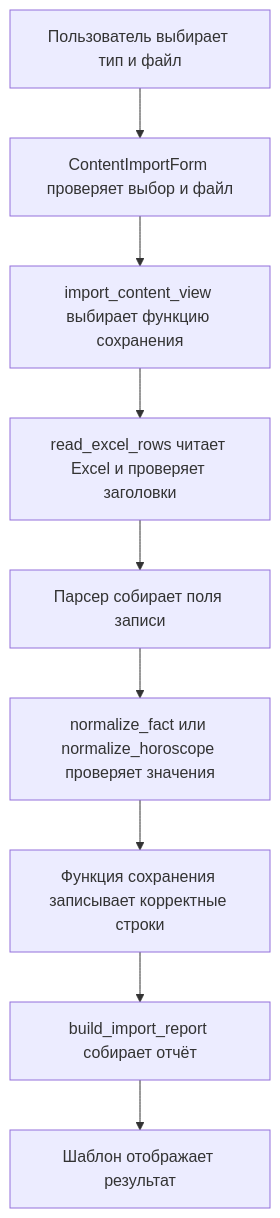
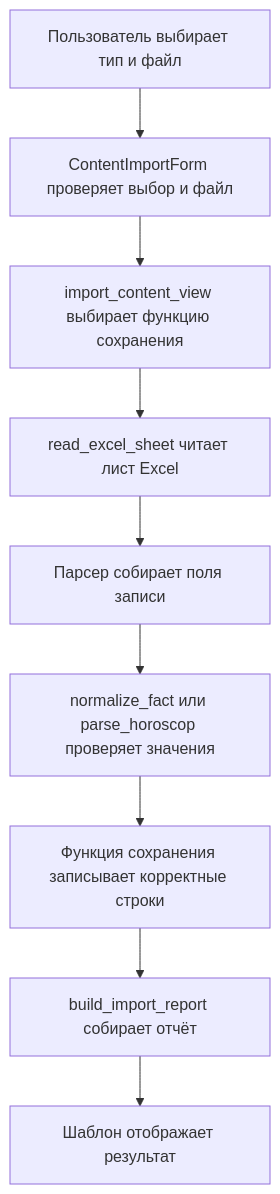
The diagram in docs/import-refactoring.md (ihrusl05-rgb/factoskope2), drawn with Mermaid before and after one commit. The commit also changed other lines of this file and 9 other files, not shown here.

````diff
--- a/docs/import-refactoring.md
+++ b/docs/import-refactoring.md
@@ -33,11 +38,11 @@
 ```mermaid
 flowchart TD
     A[Пользователь выбирает тип и файл] --> B[ContentImportForm проверяет выбор и файл]
     B --> C[import_content_view выбирает функцию сохранения]
-    C --> D[read_excel_rows читает Excel и проверяет заголовки]
+    C --> D[read_excel_sheet читает лист Excel]
     D --> E[Парсер собирает поля записи]
-    E --> F[normalize_fact или normalize_horoscope проверяет значения]
+    E --> F[normalize_fact или parse_horoscop проверяет значения]
     F --> G[Функция сохранения записывает корректные строки]
     G --> H[build_import_report собирает отчёт]
     H --> I[Шаблон отображает результат]
 ```
````
